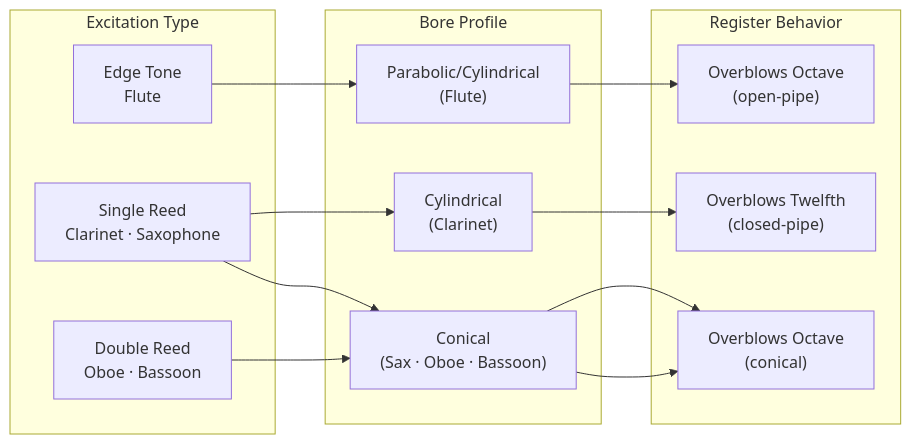
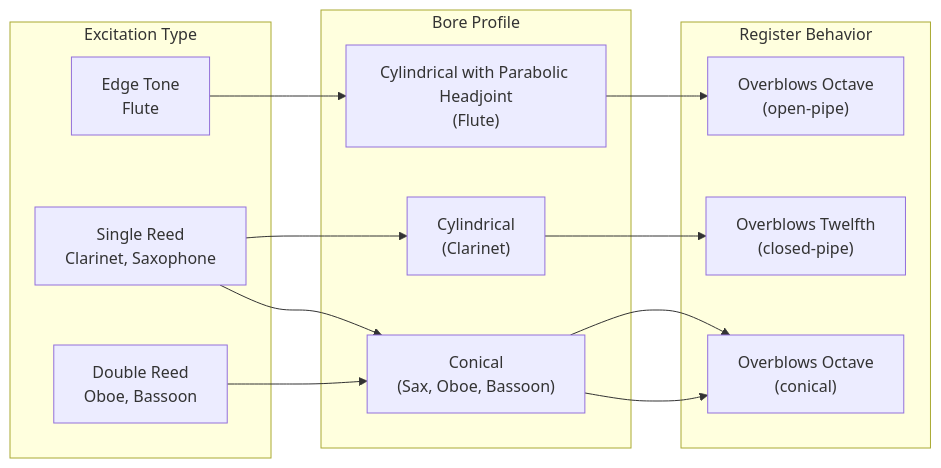
Before and after one commit to blebleblee/synapse: the first of 3 diagrams in topics/arts/music_performance/woodwinds/labs.md, drawn with Mermaid. The commit also changed other lines of this file and 4 other files, not shown here.

````diff
--- a/topics/arts/music_performance/woodwinds/labs.md
+++ b/topics/arts/music_performance/woodwinds/labs.md
@@ -9,25 +9,25 @@
 ```mermaid
 graph LR
     subgraph sub_excitation ["Excitation Type"]
         A["Edge Tone<br/>Flute"]
-        B["Single Reed<br/>Clarinet · Saxophone"]
-        C["Double Reed<br/>Oboe · Bassoon"]
+        B["Single Reed<br/>Clarinet, Saxophone"]
+        C["Double Reed<br/>Oboe, Bassoon"]
     end
 
     subgraph sub_bore ["Bore Profile"]
-        D["Parabolic/Cylindrical<br/>(Flute)"]
+        D["Cylindrical with Parabolic Headjoint<br/>(Flute)"]
         E["Cylindrical<br/>(Clarinet)"]
-        F["Conical<br/>(Sax · Oboe · Bassoon)"]
+        F["Conical<br/>(Sax, Oboe, Bassoon)"]
     end
 
     subgraph sub_register ["Register Behavior"]
         G["Overblows Octave<br/>(open-pipe)"]
         H["Overblows Twelfth<br/>(closed-pipe)"]
         I["Overblows Octave<br/>(conical)"]
     end
 
     A --> D --> G
     B --> E --> H
     B --> F --> I
     C --> F --> I
 ```
````
